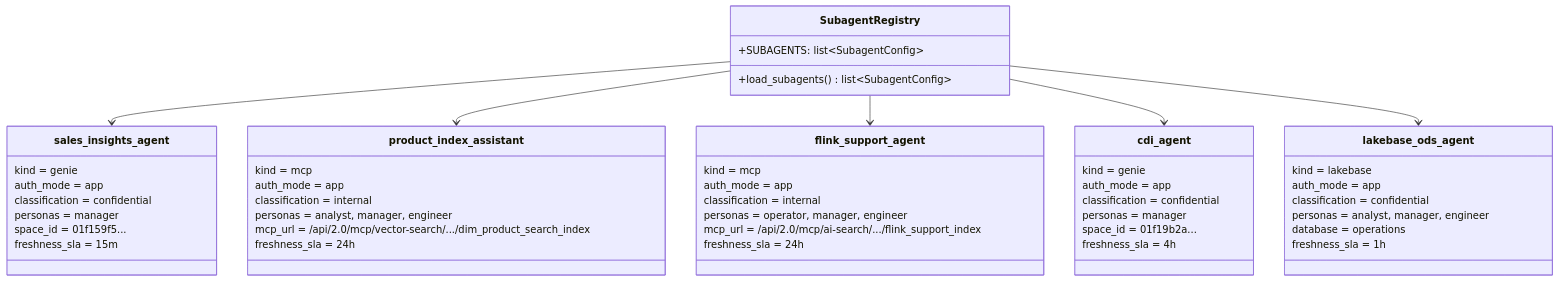
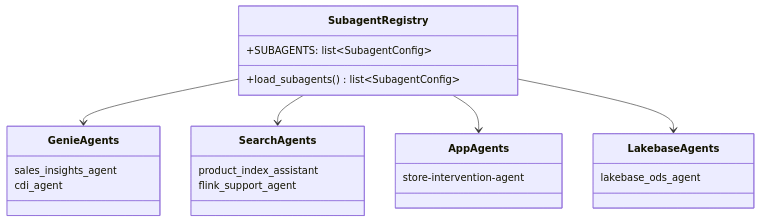
One commit to wchen-dea/Governed-Multi-Agent-Intelligence-on-Databricks changed the sixth of 6 diagrams in docs/architecture/design-artifacts/08-backend-class-diagram-as-is.md. Above: the diagram before and after it, drawn with Mermaid. The commit also changed other lines of this file and 6 other files, not shown here.

````diff
--- a/docs/architecture/design-artifacts/08-backend-class-diagram-as-is.md
+++ b/docs/architecture/design-artifacts/08-backend-class-diagram-as-is.md
@@ -375,60 +375,32 @@
 ```mermaid
 classDiagram
 direction TB
 
 class SubagentRegistry {
     +SUBAGENTS: list~SubagentConfig~
     +load_subagents() list~SubagentConfig~
 }
 
-class sales_insights_agent {
-    kind = genie
-    auth_mode = app
-    classification = confidential
-    personas = manager
-    space_id = 01f159f5...
-    freshness_sla = 15m
+class GenieAgents {
+    sales_insights_agent
+    cdi_agent
 }
 
-class product_index_assistant {
-    kind = mcp
-    auth_mode = app
-    classification = internal
-    personas = analyst, manager, engineer
-    mcp_url = /api/2.0/mcp/vector-search/.../dim_product_search_index
-    freshness_sla = 24h
+class SearchAgents {
+    product_index_assistant
+    flink_support_agent
 }
 
-class flink_support_agent {
-    kind = mcp
-    auth_mode = app
-    classification = internal
-    personas = operator, manager, engineer
-    mcp_url = /api/2.0/mcp/ai-search/.../flink_support_index
-    freshness_sla = 24h
+class AppAgents {
+    store-intervention-agent
 }
 
-class cdi_agent {
-    kind = genie
-    auth_mode = app
-    classification = confidential
-    personas = manager
-    space_id = 01f19b2a...
-    freshness_sla = 4h
+class LakebaseAgents {
+    lakebase_ods_agent
 }
 
-class lakebase_ods_agent {
-    kind = lakebase
-    auth_mode = app
-    classification = confidential
-    personas = analyst, manager, engineer
-    database = operations
-    freshness_sla = 1h
-}
-
-SubagentRegistry --> sales_insights_agent
-SubagentRegistry --> product_index_assistant
-SubagentRegistry --> flink_support_agent
-SubagentRegistry --> cdi_agent
-SubagentRegistry --> lakebase_ods_agent
+SubagentRegistry --> GenieAgents
+SubagentRegistry --> SearchAgents
+SubagentRegistry --> AppAgents
+SubagentRegistry --> LakebaseAgents
 ```
````
